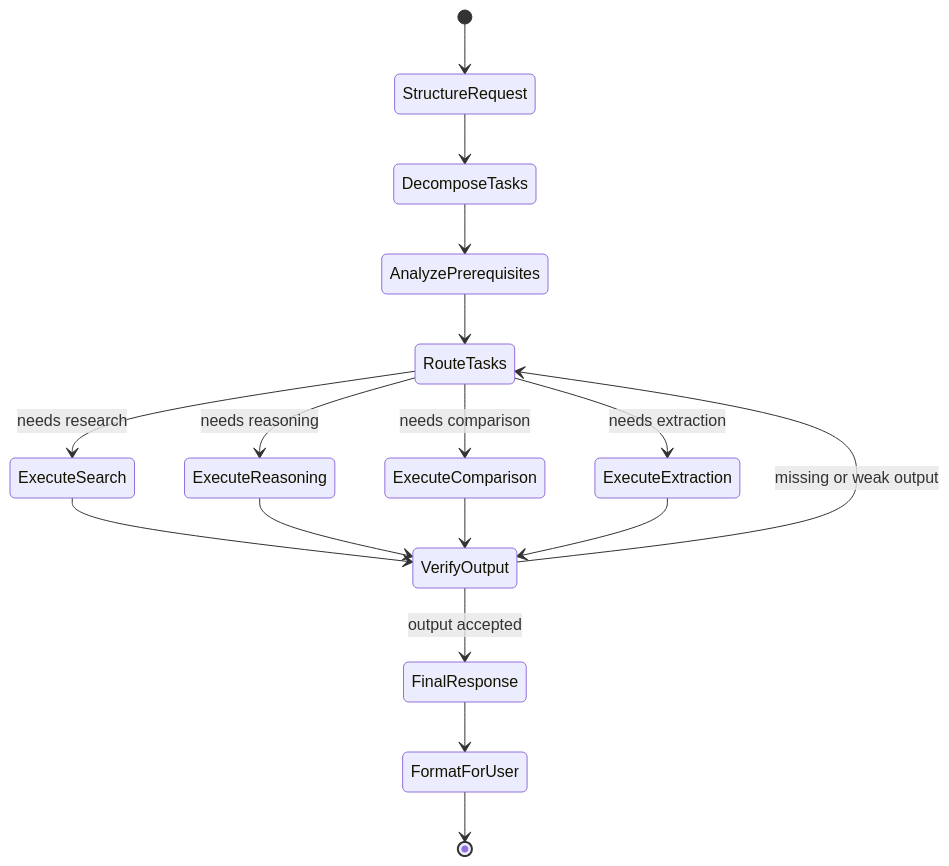
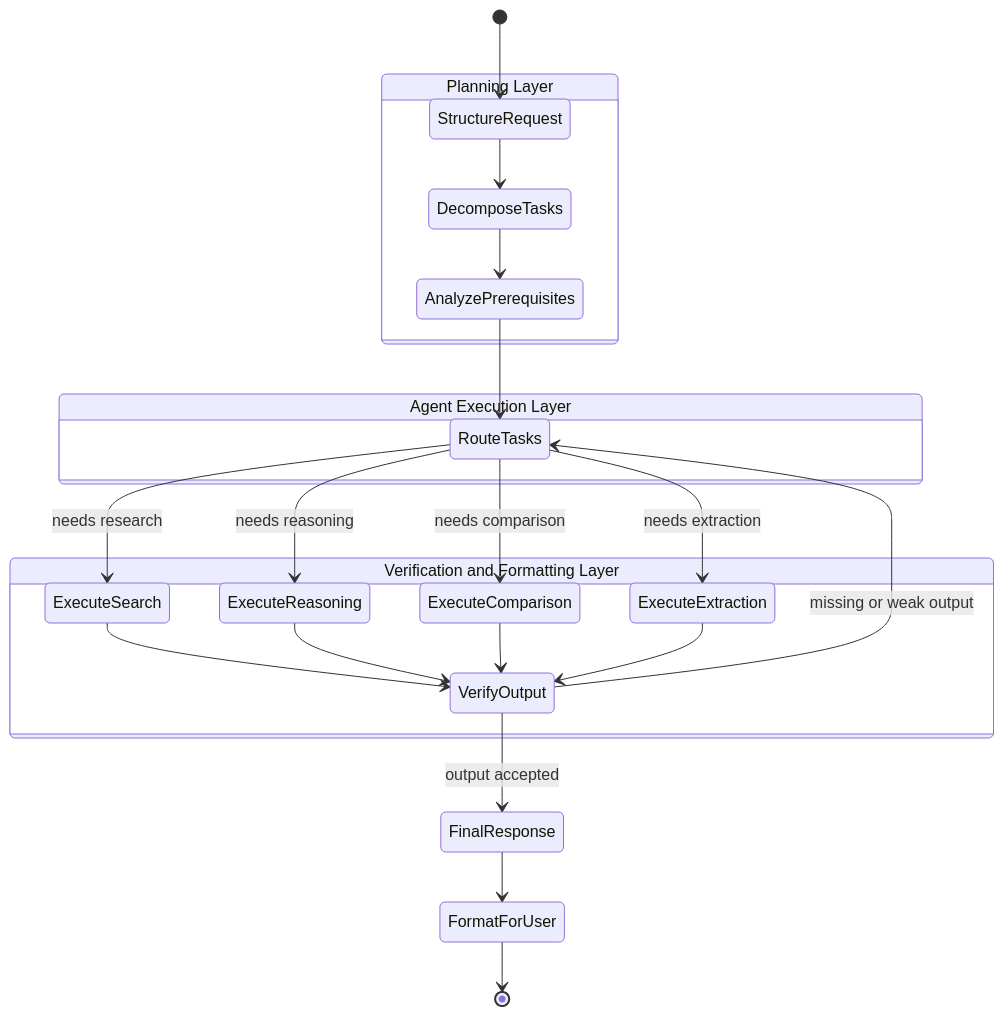
Before and after one commit to Hassaan146/agentic-ai-workflow: the second of 9 diagrams in docs/diagrams.md, drawn with Mermaid. The commit also changed other lines of this file, not shown here.

Commit message:
Polish workflow diagram styling

````diff
--- a/docs/diagrams.md
+++ b/docs/diagrams.md
@@ -33,19 +53,31 @@
 ```mermaid
 stateDiagram-v2
     [*] --> StructureRequest
-    StructureRequest --> DecomposeTasks
-    DecomposeTasks --> AnalyzePrerequisites
-    AnalyzePrerequisites --> RouteTasks
-    RouteTasks --> ExecuteSearch : needs research
-    RouteTasks --> ExecuteReasoning : needs reasoning
-    RouteTasks --> ExecuteComparison : needs comparison
-    RouteTasks --> ExecuteExtraction : needs extraction
-    ExecuteSearch --> VerifyOutput
-    ExecuteReasoning --> VerifyOutput
-    ExecuteComparison --> VerifyOutput
-    ExecuteExtraction --> VerifyOutput
+    state "Planning Layer" as Planning {
+        StructureRequest --> DecomposeTasks
+        DecomposeTasks --> AnalyzePrerequisites
+        AnalyzePrerequisites --> RouteTasks
+    }
+    state "Agent Execution Layer" as Agents {
+        RouteTasks --> ExecuteSearch : needs research
+        RouteTasks --> ExecuteReasoning : needs reasoning
+        RouteTasks --> ExecuteComparison : needs comparison
+        RouteTasks --> ExecuteExtraction : needs extraction
+    }
+    state "Verification and Formatting Layer" as Response {
+        ExecuteSearch --> VerifyOutput
+        ExecuteReasoning --> VerifyOutput
+        ExecuteComparison --> VerifyOutput
+        ExecuteExtraction --> VerifyOutput
+    }
     VerifyOutput --> RouteTasks : missing or weak output
     VerifyOutput --> FinalResponse : output accepted
     FinalResponse --> FormatForUser
     FormatForUser --> [*]
+
+    classDef royal fill:#1d4ed8,stroke:#0f2f8f,color:#ffffff,stroke-width:2px;
+    classDef light fill:#eff6ff,stroke:#1d4ed8,color:#0f172a,stroke-width:1.5px;
+    classDef dotted fill:#ffffff,stroke:#1d4ed8,color:#1d4ed8,stroke-width:1.5px,stroke-dasharray: 6 4;
+    class StructureRequest,DecomposeTasks,AnalyzePrerequisites,RouteTasks,ExecuteSearch,ExecuteReasoning,ExecuteComparison,ExecuteExtraction,VerifyOutput,FinalResponse,FormatForUser light;
+    class Planning,Agents,Response dotted;
 ```
````
